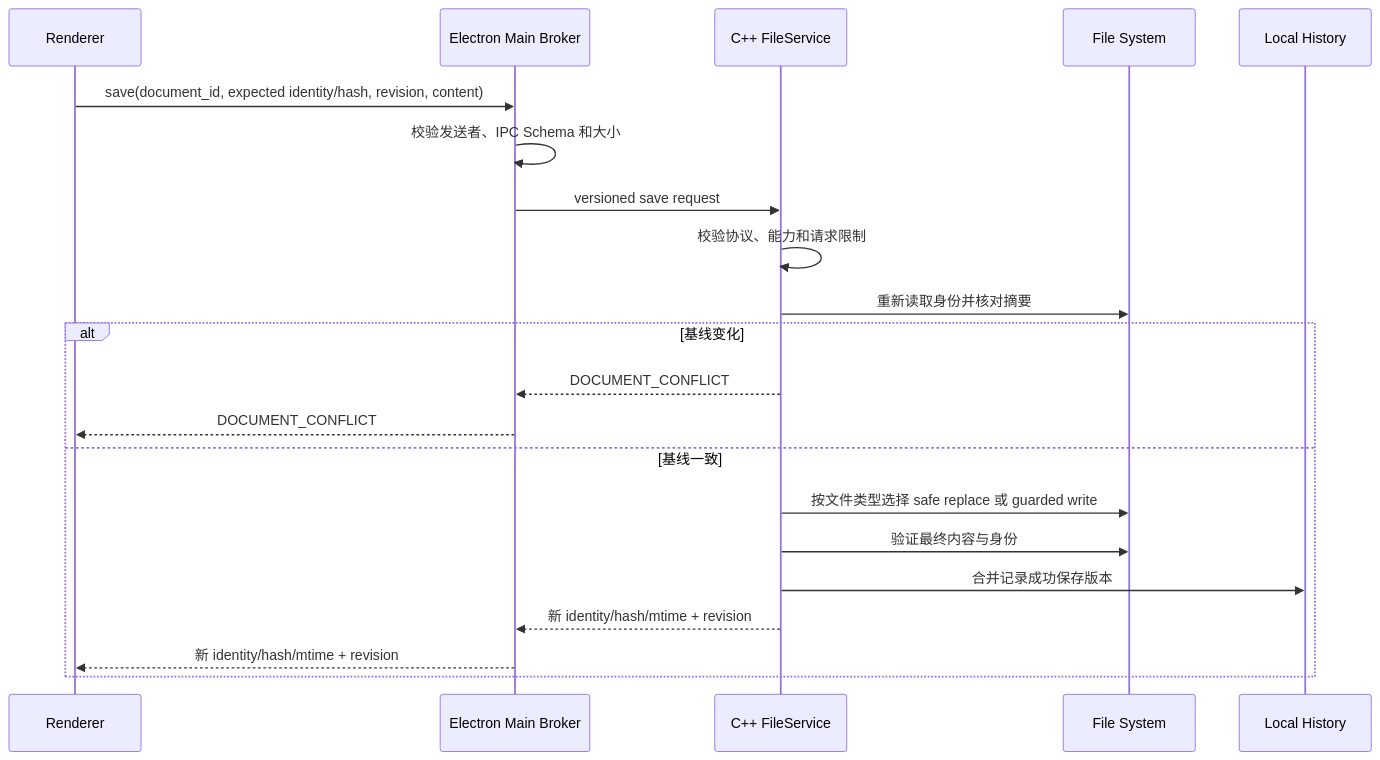
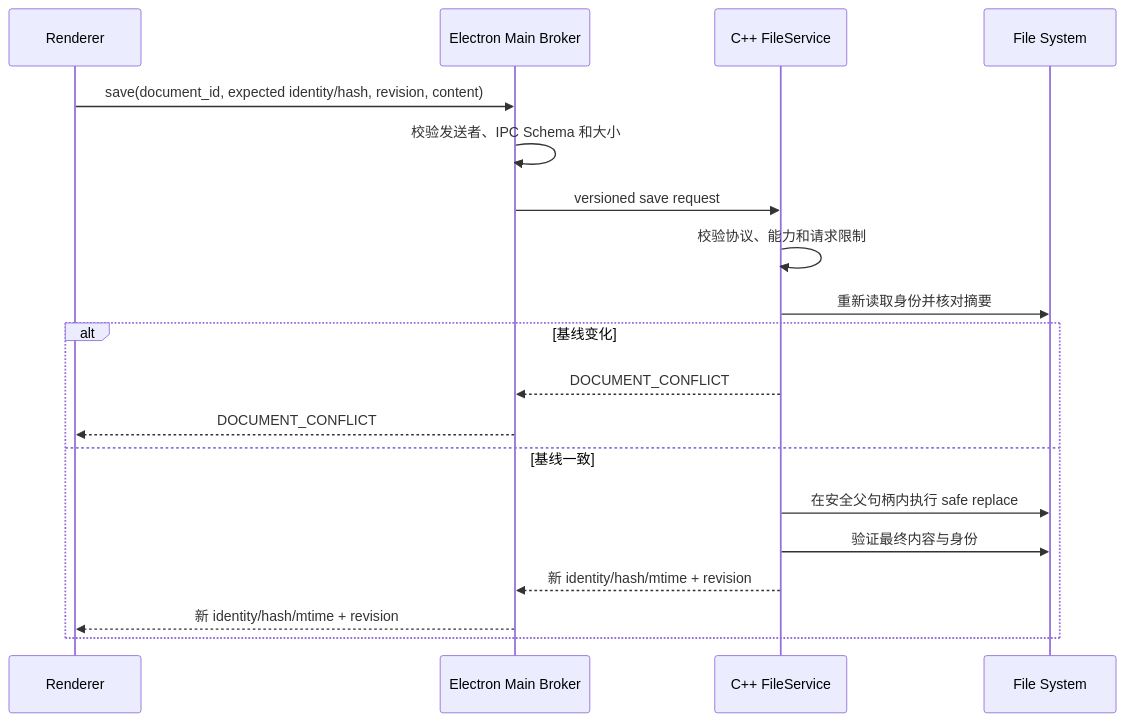
Before and after one commit to FormingSystem/linux_note: the second of 2 diagrams in tools/practice_tool/docs/architecture/engineering/desktop_runtime_and_document_services.md, drawn with Mermaid. The commit also changed other lines of this file and 92 other files, not shown here.

````diff
--- a/tools/practice_tool/docs/architecture/engineering/desktop_runtime_and_document_services.md
+++ b/tools/practice_tool/docs/architecture/engineering/desktop_runtime_and_document_services.md
@@ -204,24 +221,22 @@
 ```mermaid
 sequenceDiagram
     participant R as Renderer
     participant M as Electron Main Broker
     participant N as C++ FileService
     participant F as File System
-    participant H as Local History
 
     R->>M: save(document_id, expected identity/hash, revision, content)
     M->>M: 校验发送者、IPC Schema 和大小
     M->>N: versioned save request
     N->>N: 校验协议、能力和请求限制
     N->>F: 重新读取身份并核对摘要
     alt 基线变化
         N-->>M: DOCUMENT_CONFLICT
         M-->>R: DOCUMENT_CONFLICT
     else 基线一致
-        N->>F: 按文件类型选择 safe replace 或 guarded write
+        N->>F: 在安全父句柄内执行 safe replace
         N->>F: 验证最终内容与身份
-        N->>H: 合并记录成功保存版本
         N-->>M: 新 identity/hash/mtime + revision
         M-->>R: 新 identity/hash/mtime + revision
     end
 ```
````
